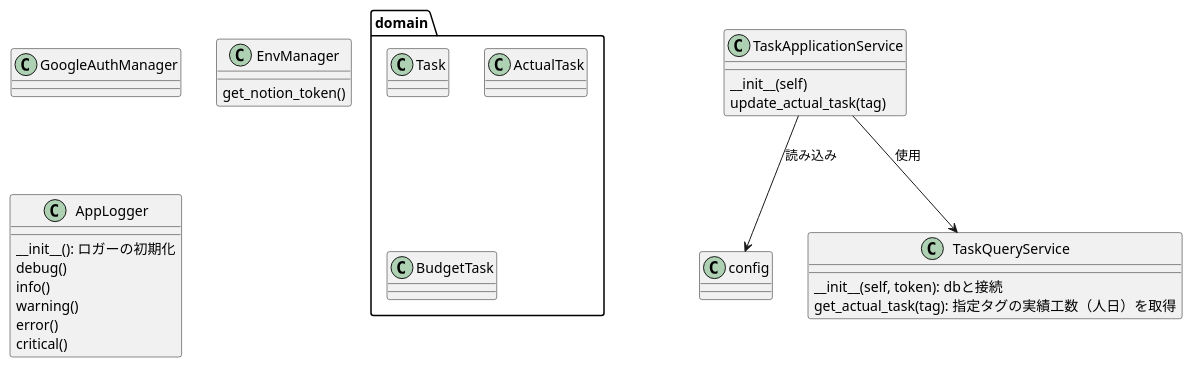
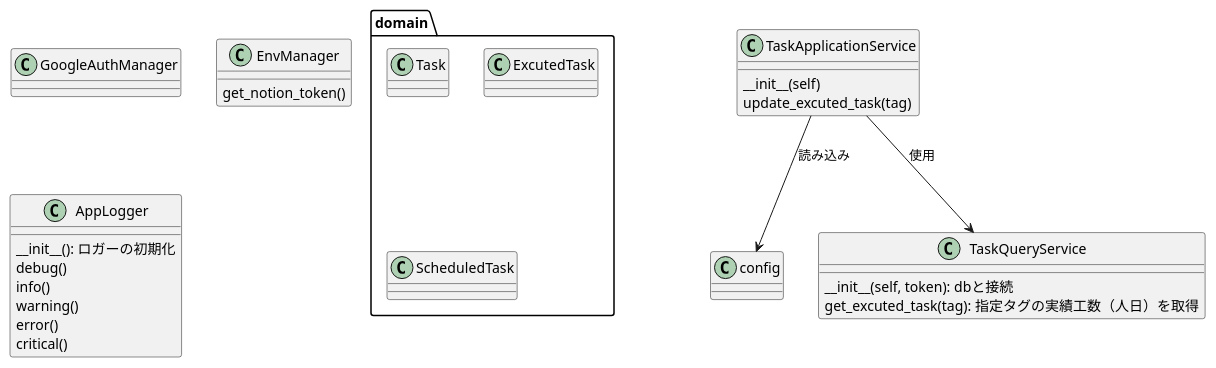
One commit to shuhei1101/notion-taskr changed the diagram in docs/uml/clsd.plantuml. Above: the diagram before and after it, drawn with PlantUML.

Commit message:
文言修正

```diff
--- a/docs/uml/clsd.plantuml
+++ b/docs/uml/clsd.plantuml
@@ -1,38 +1,38 @@
 @startuml notion-api-clsd
 
 class GoogleAuthManager {}
 class EnvManager {
     get_notion_token()
 }
 class AppLogger {
     __init__(): ロガーの初期化
     debug()
     info()
     warning()
     error()
     critical()
 }
 
 package domain {
     class Task {}
-    class ActualTask {}
-    class BudgetTask {}
+    class ExcutedTask {}
+    class ScheduledTask {}
 }
 
 class config {}
 
 class TaskApplicationService {
     __init__(self)
     ' タスクの実績工数を予定タスクに反映する
-    update_actual_task(tag)
+    update_excuted_task(tag)
 }
 
 TaskApplicationService --> config: 読み込み
 TaskApplicationService --> TaskQueryService: 使用
 
 class TaskQueryService {
     __init__(self, token): dbと接続
-    get_actual_task(tag): 指定タグの実績工数（人日）を取得
+    get_excuted_task(tag): 指定タグの実績工数（人日）を取得
 }
 
 @enduml
```
